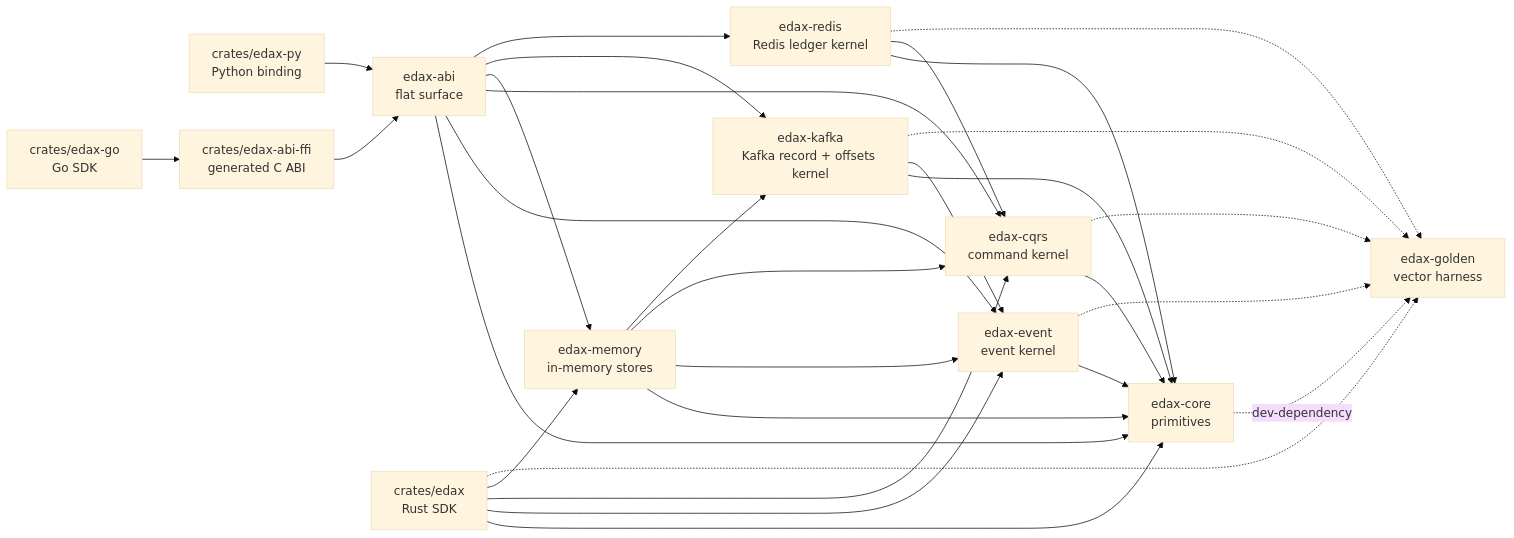
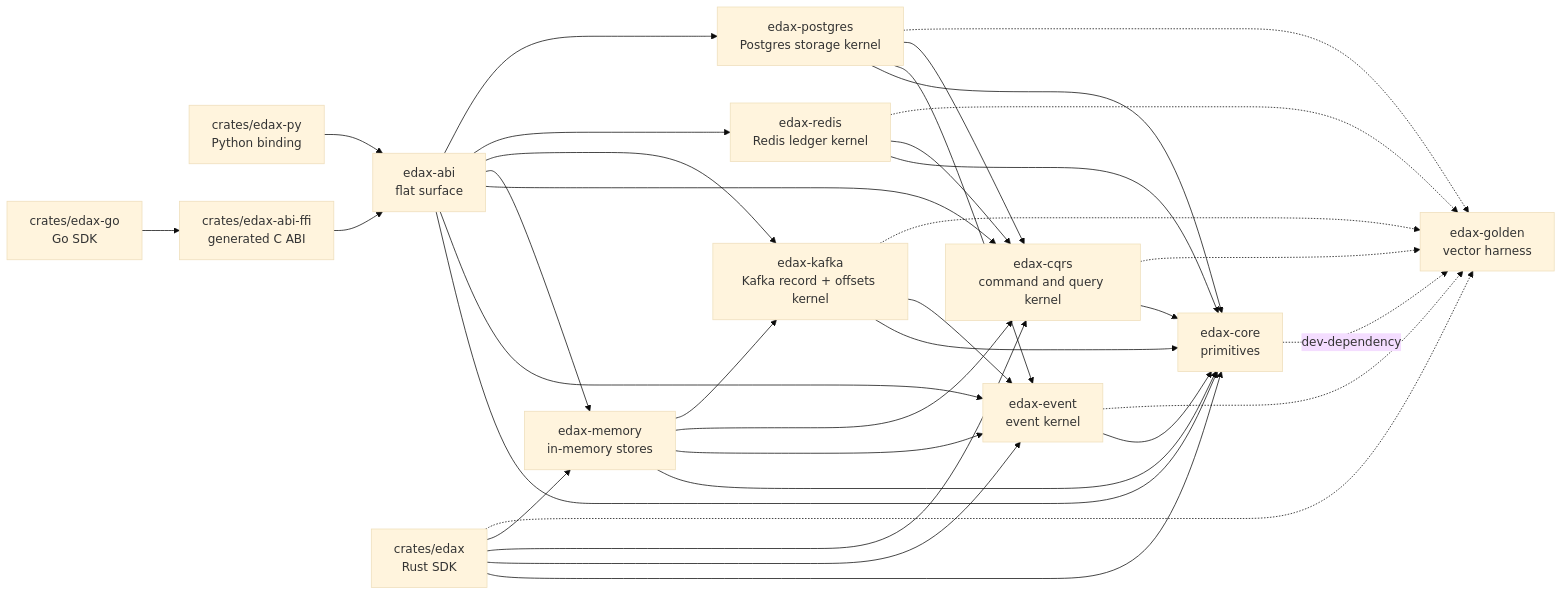
Before and after one commit to haskian/edax: the second of 4 diagrams in docs/architecture.md, drawn with Mermaid (base theme). The commit also changed other lines of this file and 25 other files, not shown here.

````diff
--- a/docs/architecture.md
+++ b/docs/architecture.md
@@ -57,45 +57,51 @@
 ```mermaid
 flowchart LR
     core["edax-core<br/>primitives"]
     event["edax-event<br/>event kernel"]
-    cqrs["edax-cqrs<br/>command kernel"]
+    cqrs["edax-cqrs<br/>command and query kernel"]
     memory["edax-memory<br/>in-memory stores"]
     kafka["edax-kafka<br/>Kafka record + offsets kernel"]
     redis["edax-redis<br/>Redis ledger kernel"]
+    postgres["edax-postgres<br/>Postgres storage kernel"]
     abi["edax-abi<br/>flat surface"]
     rust["crates/edax<br/>Rust SDK"]
     py["crates/edax-py<br/>Python binding"]
     ffi["crates/edax-abi-ffi<br/>generated C ABI"]
     go["crates/edax-go<br/>Go SDK"]
     golden["edax-golden<br/>vector harness"]
 
     event --> core
     cqrs --> core
     memory --> core
     memory --> event
     memory --> cqrs
     memory --> kafka
     kafka --> core
     kafka --> event
     redis --> core
     redis --> cqrs
+    postgres --> core
+    postgres --> event
+    postgres --> cqrs
     rust --> core
     rust --> event
     rust --> cqrs
     rust --> memory
     abi --> core
     abi --> event
     abi --> cqrs
     abi --> memory
     abi --> kafka
     abi --> redis
+    abi --> postgres
     py --> abi
     ffi --> abi
     go --> ffi
     core -.->|"dev-dependency"| golden
     event -.-> golden
     cqrs -.-> golden
     kafka -.-> golden
     redis -.-> golden
+    postgres -.-> golden
     rust -.-> golden
 ```
````
